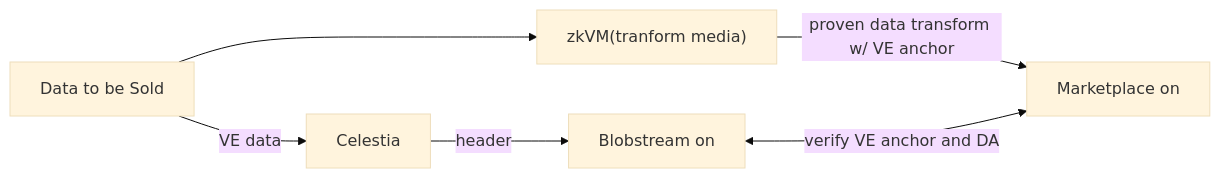
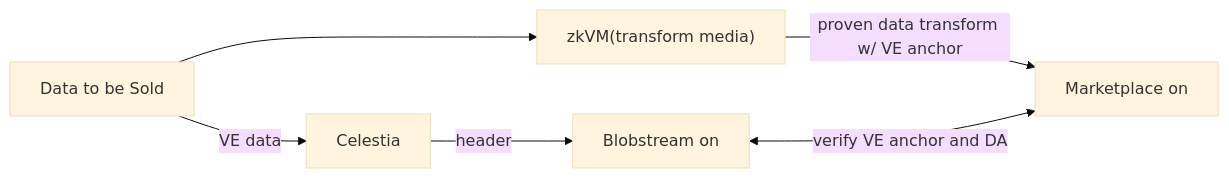
One commit to nuke-web3/pda-proxy changed the diagram in doc/verifiable_encryption.md. Above: the diagram before and after it, drawn with Mermaid (base theme). The commit also changed other lines of this file and 13 other files, not shown here.

````diff
--- a/doc/verifiable_encryption.md
+++ b/doc/verifiable_encryption.md
@@ -77,8 +93,8 @@
 ```mermaid
 flowchart LR
-    Data["Data to be Sold"] --> zkVM_Algo["zkVM(tranform media)"]
+    Data["Data to be Sold"] --> zkVM_Algo["zkVM(transform media)"]
     zkVM_Algo -- "proven data transform w/ VE anchor" --> Contract["Marketplace on <dApp chain>"]
     Data -- "VE data" --> Celestia["Celestia"]
     Celestia -- "header" --> Blobstream["Blobstream on <dApp chain>"]
     Blobstream <-- "verify VE anchor and DA" --> Contract
 ```
````
